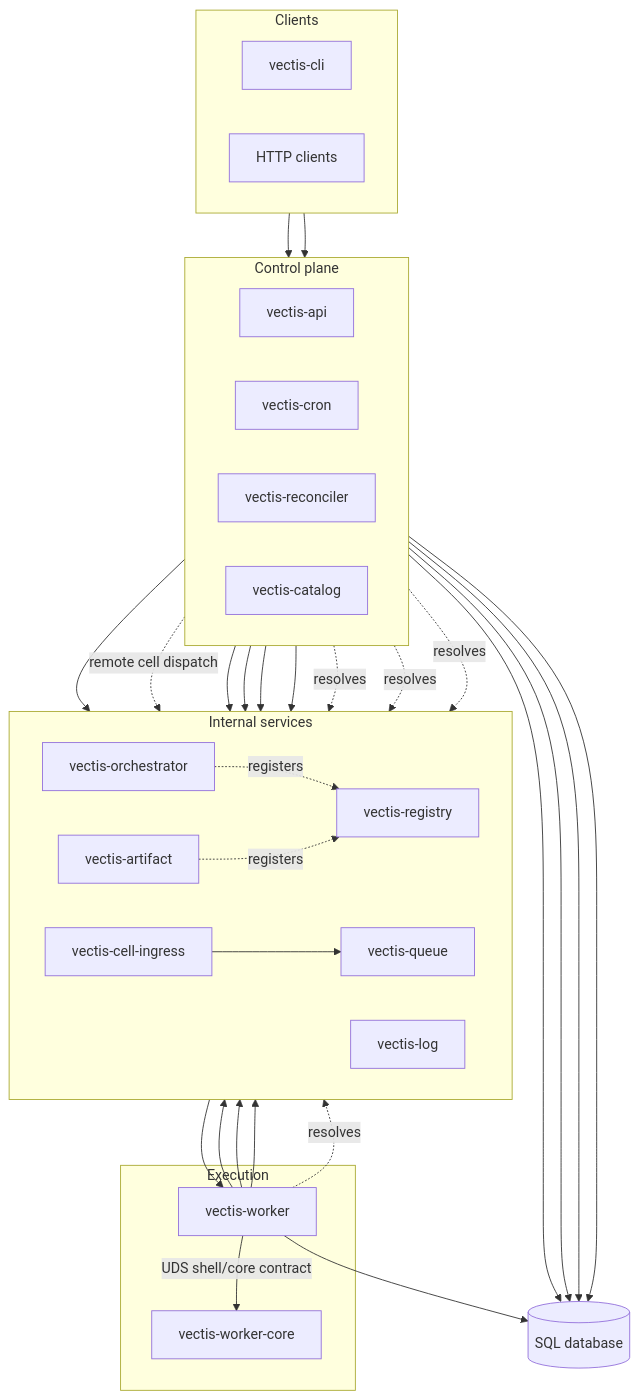
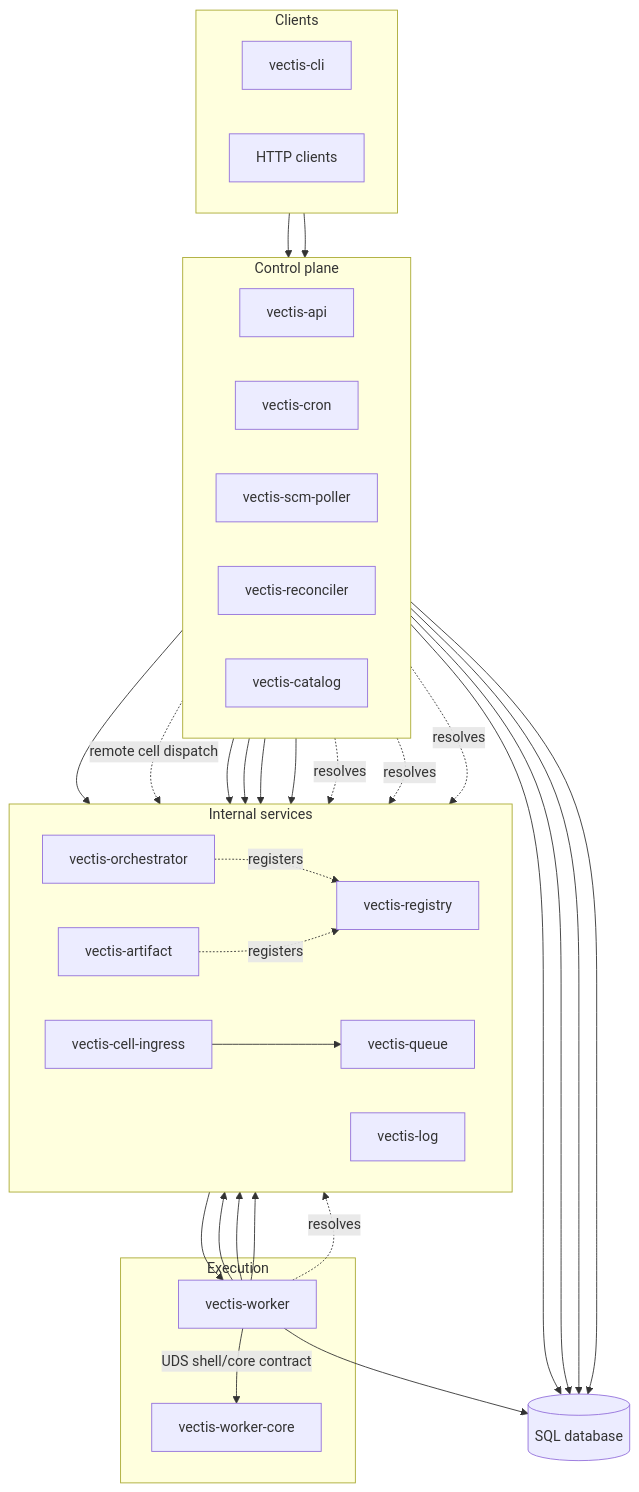
The diagram in website/docs/concepts/architecture.md (garrett-s-wininger/vectis), drawn with Mermaid before and after one commit. The commit also changed other lines of this file and 43 other files, not shown here.

````diff
--- a/website/docs/concepts/architecture.md
+++ b/website/docs/concepts/architecture.md
@@ -42,63 +42,64 @@
 ```mermaid
 flowchart TB
   subgraph edge [Clients]
     direction LR
     CLI["vectis-cli"]
     HTTP["HTTP clients"]
   end
 
   subgraph control [Control plane]
     direction LR
     API["vectis-api"]
     CRON["vectis-cron"]
+    SCM["vectis-scm-poller"]
     REC["vectis-reconciler"]
     CAT["vectis-catalog"]
   end
 
   subgraph internal [Internal services]
     direction LR
     REG["vectis-registry"]
     CING["vectis-cell-ingress"]
     Q["vectis-queue"]
     LOG["vectis-log"]
     ART["vectis-artifact"]
     ORCH["vectis-orchestrator"]
   end
 
   subgraph execute [Execution]
     W["vectis-worker"]
     WC["vectis-worker-core"]
   end
 
   DB[("SQL database")]
 
   CLI --> API
   HTTP --> API
 
   API --> DB
   CRON --> DB
   REC --> DB
   CAT --> DB
   W --> DB
 
   API --> Q
   API -. remote cell dispatch .-> CING
   CING --> Q
   CRON --> Q
   REC --> Q
   Q --> W
   W -- "UDS shell/core contract" --> WC
 
   W --> ORCH
   W --> LOG
   W --> ART
   API --> LOG
   API --> ART
 
   API -. resolves .-> REG
   CRON -. resolves .-> REG
   REC -. resolves .-> REG
   W -. resolves .-> REG
   ORCH -. registers .-> REG
   ART -. registers .-> REG
 ```
````
